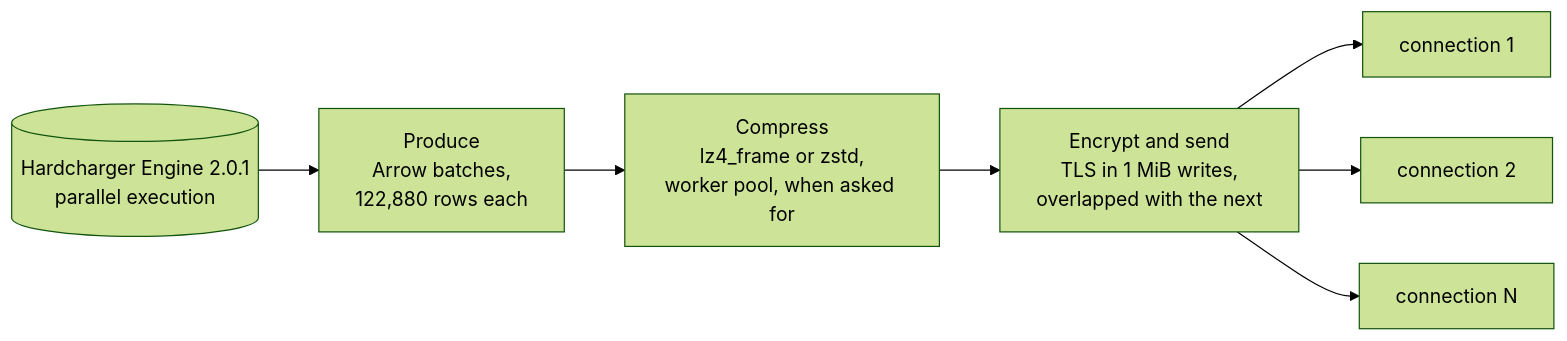
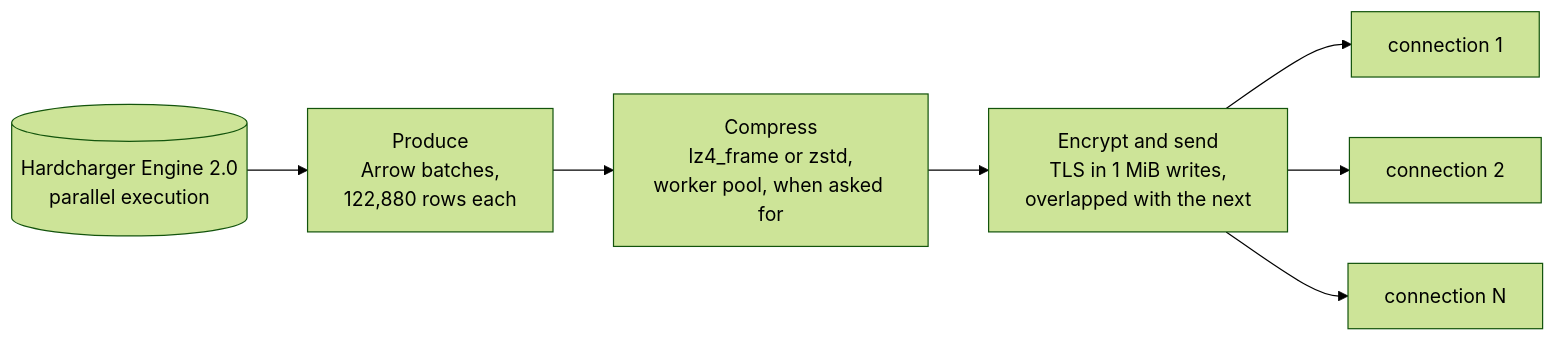
One commit to gizmodata/hardcharger changed the first of 2 diagrams in README.md. Above: the diagram before and after it, drawn with Mermaid (forest theme). The commit also changed other lines of this file, not shown here.

First line of the commit message:
README: name the engine by minor version (Hardcharger Engine 2.0, DuckDB 2.0)

````diff
--- a/README.md
+++ b/README.md
@@ -277,9 +277,9 @@
 ```mermaid
 flowchart LR
-  D[(Hardcharger Engine 2.0.1<br/>parallel execution)] --> P[Produce<br/>Arrow batches,<br/>122,880 rows each]
+  D[(Hardcharger Engine 2.0<br/>parallel execution)] --> P[Produce<br/>Arrow batches,<br/>122,880 rows each]
   P --> Z[Compress<br/>lz4_frame or zstd,<br/>worker pool, when asked for]
   Z --> T[Encrypt and send<br/>TLS in 1 MiB writes,<br/>overlapped with the next]
   T --> C1[connection 1]
   T --> C2[connection 2]
   T --> CN[connection N]
 ```
````
